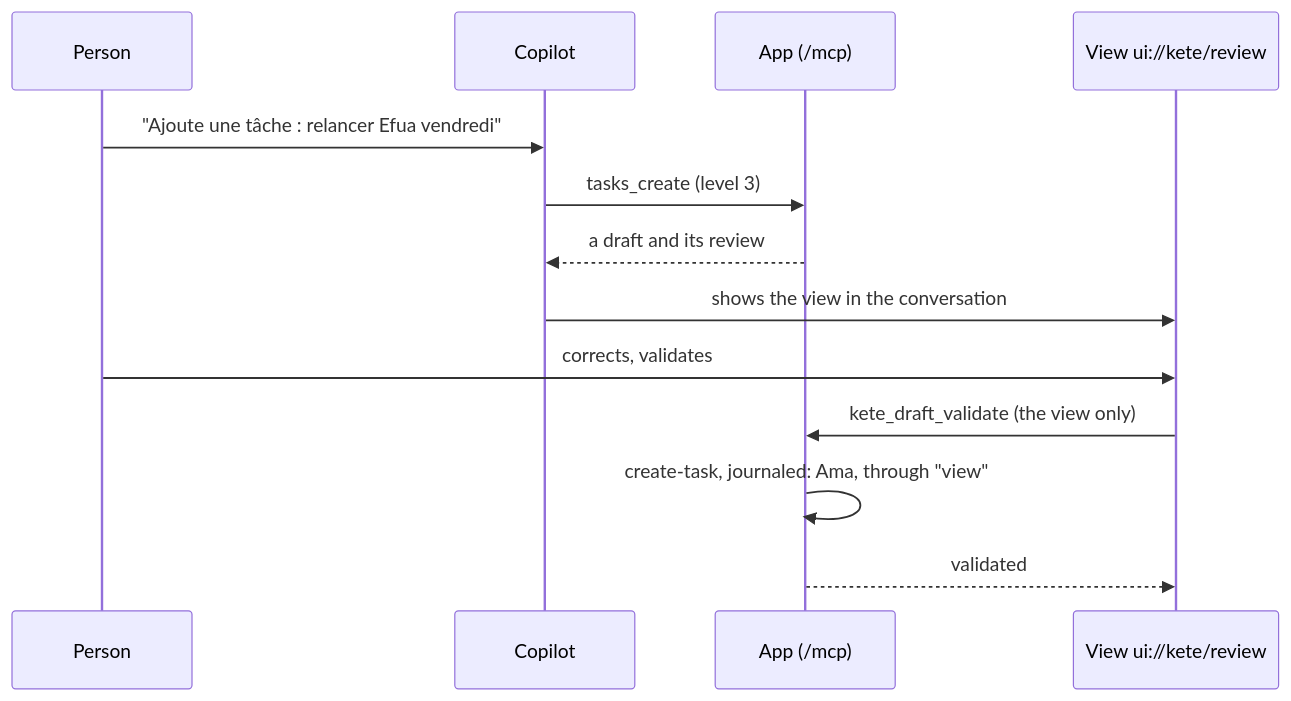
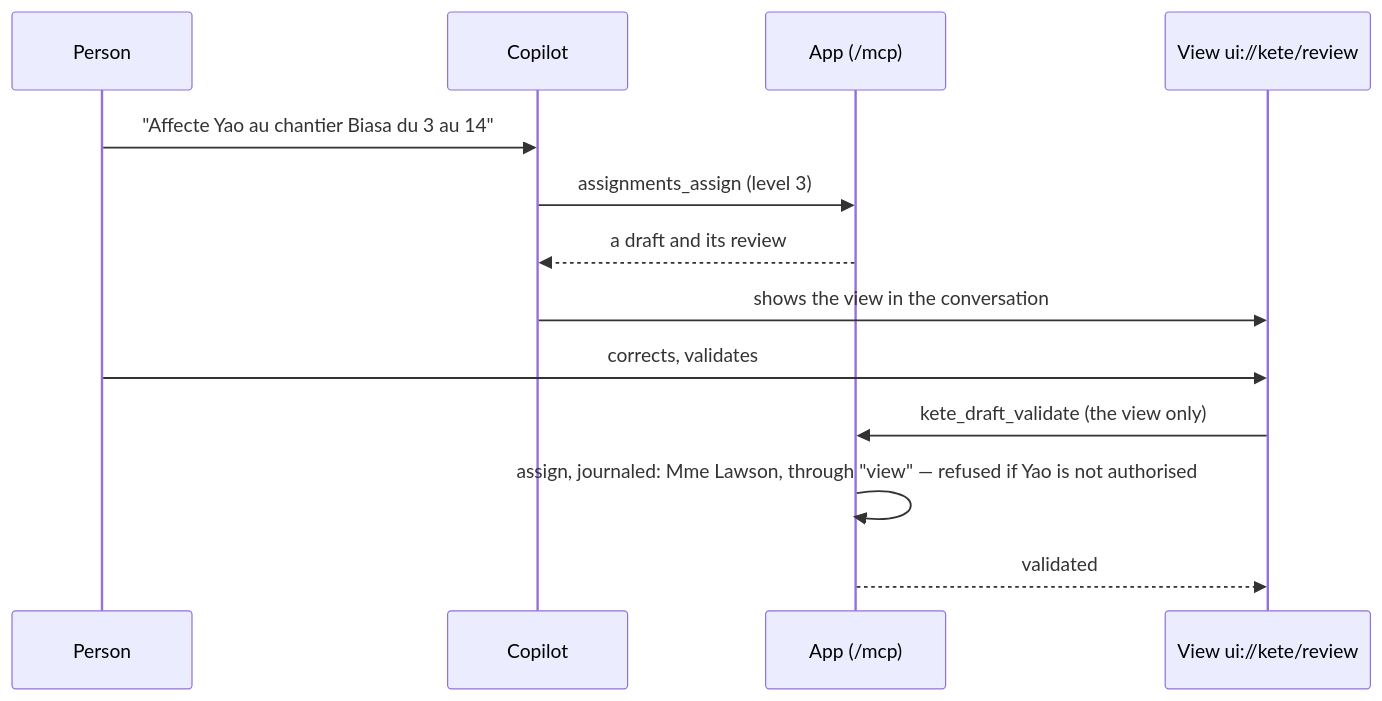
The diagram in docs/flows/draft-validated.md (kete-africa/kete-team), drawn with Mermaid before and after one commit. The commit also changed 81 other files, not shown here.

````diff
--- a/docs/flows/draft-validated.md
+++ b/docs/flows/draft-validated.md
@@ -3,15 +3,15 @@
 ```mermaid
 sequenceDiagram
   participant P as Person
   participant C as Copilot
   participant A as App (/mcp)
   participant V as View ui://kete/review
-  P->>C: "Ajoute une tâche : relancer Efua vendredi"
-  C->>A: tasks_create (level 3)
+  P->>C: "Affecte Yao au chantier Biasa du 3 au 14"
+  C->>A: assignments_assign (level 3)
   A-->>C: a draft and its review
   C->>V: shows the view in the conversation
   P->>V: corrects, validates
   V->>A: kete_draft_validate (the view only)
-  A->>A: create-task, journaled: Ama, through "view"
+  A->>A: assign, journaled: Mme Lawson, through "view" — refused if Yao is not authorised
   A-->>V: validated
 ```
````
